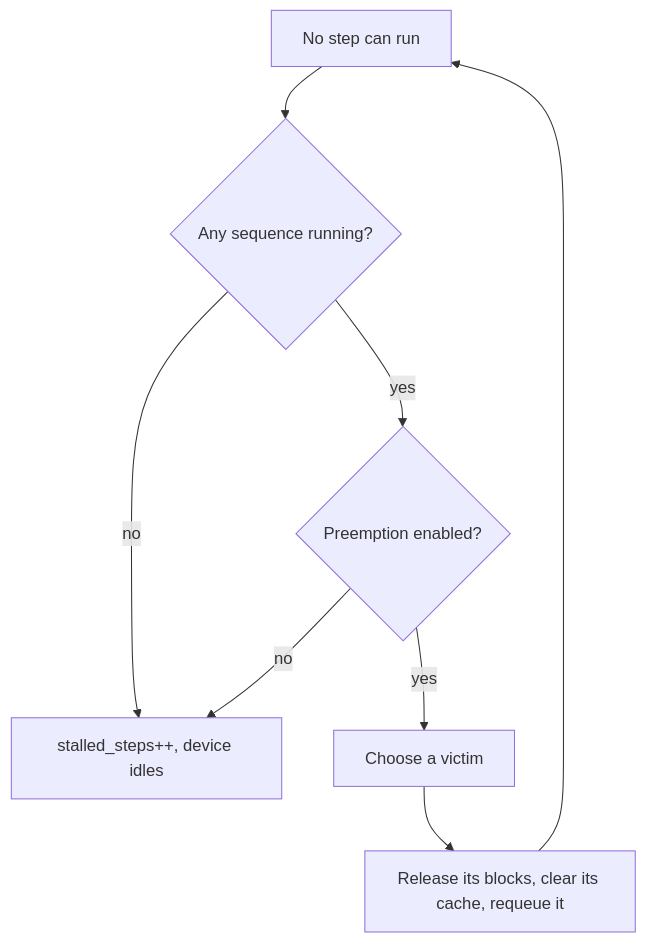
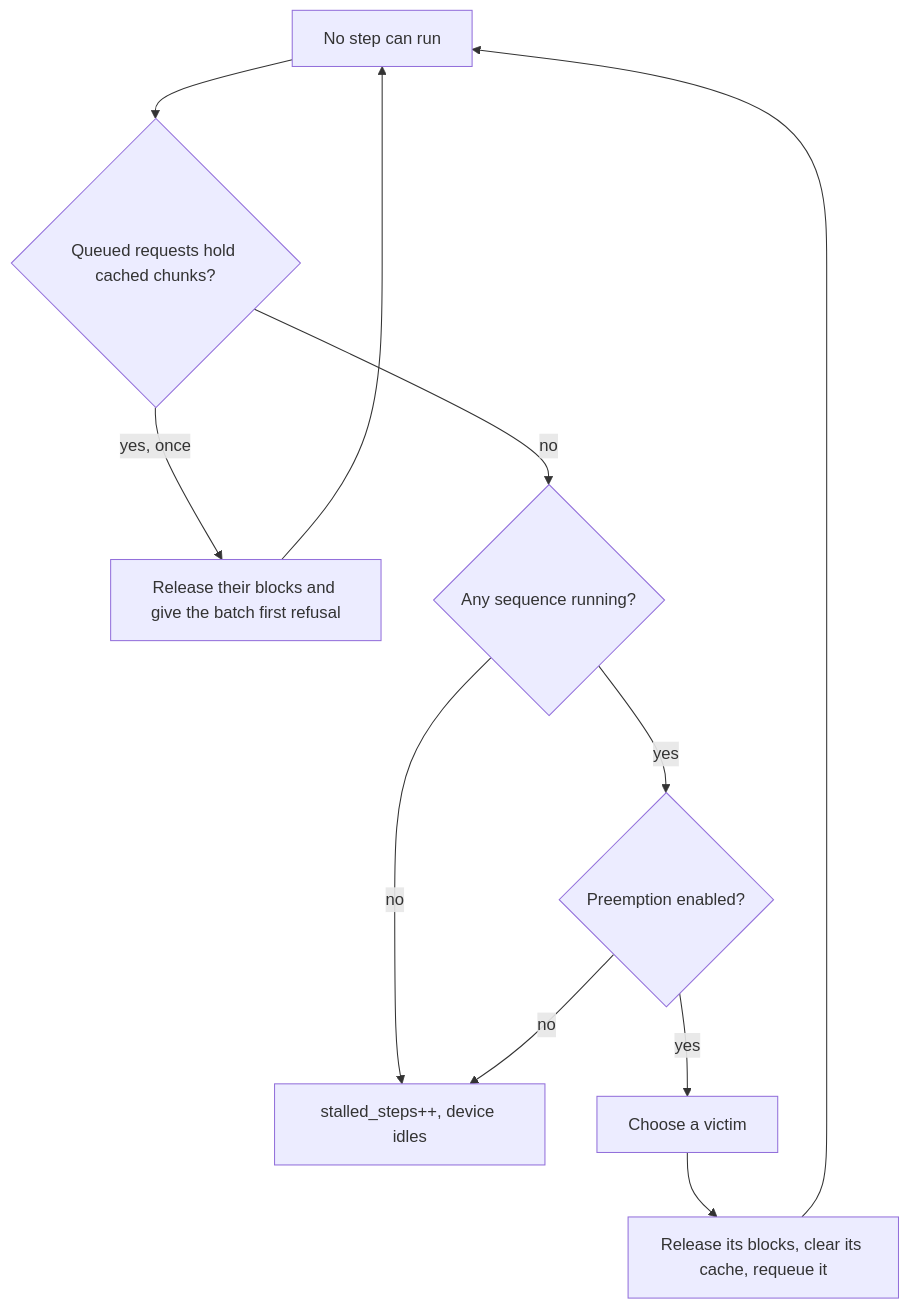
The second of 2 diagrams in docs/memory.md (CharafeddineMechalikh/Docket), drawn with Mermaid before and after one commit. The commit also changed other lines of this file and 39 other files, not shown here.

Commit message:
Replay Azure, Qwen, Mooncake and BurstGPT windows, release queued caches at a scheduler stall, and bump to 1.0.1

````diff
--- a/docs/memory.md
+++ b/docs/memory.md
@@ -98,10 +98,13 @@
 ```mermaid
 flowchart TD
-  P[No step can run] --> R{Any sequence running?}
+  P[No step can run] --> W{Queued requests hold cached chunks?}
+  W -->|yes, once| L[Release their blocks and give the batch first refusal]
+  L --> P
+  W -->|no| R{Any sequence running?}
   R -->|no| S[stalled_steps++, device idles]
   R -->|yes| A{Preemption enabled?}
   A -->|no| S
   A -->|yes| V[Choose a victim]
   V --> X[Release its blocks, clear its cache, requeue it]
   X --> P
 ```
````
